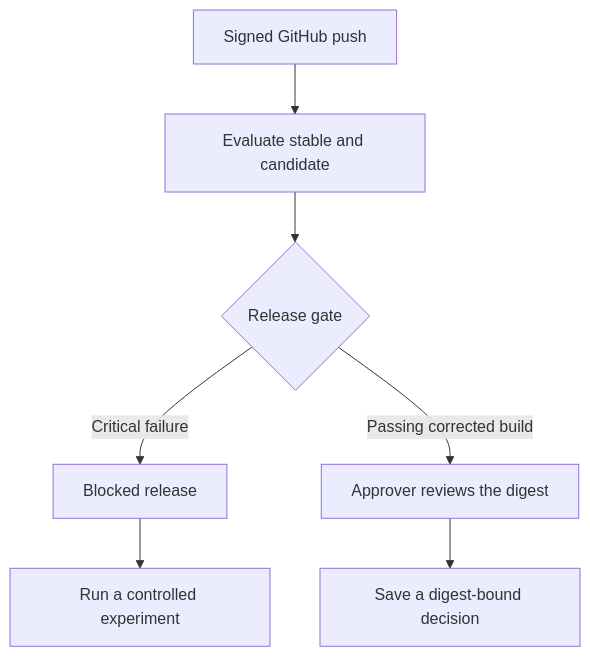
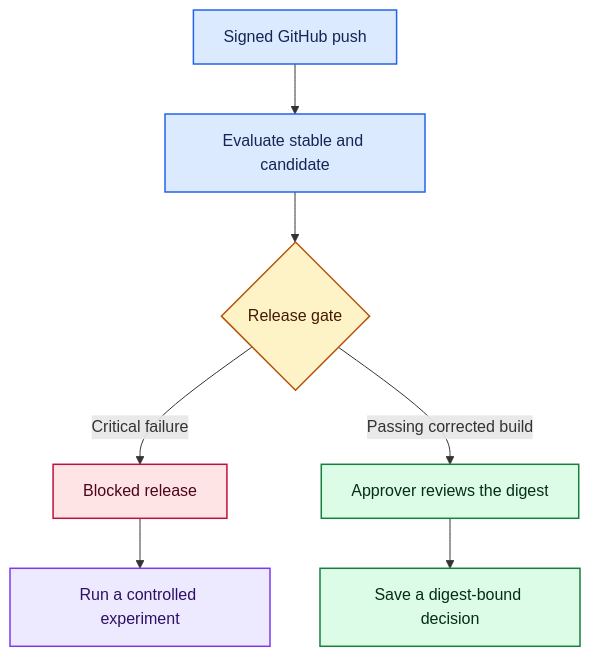
One commit to sujayv26/release-trace changed the diagram in README.md. Above: the diagram before and after it, drawn with Mermaid. The commit also changed 3 other files, not shown here.

Commit message:
Color-code release documentation diagrams

````diff
--- a/README.md
+++ b/README.md
@@ -5,11 +5,23 @@
 ```mermaid
 flowchart TB
     accTitle: ReleaseTrace review workflow
     accDescr: A signed push triggers evaluation. The demo investigates a blocked candidate and approves a separate corrected candidate that passes.
     Push["Signed GitHub push"] --> Evaluate["Evaluate stable and candidate"]
     Evaluate --> Gate{"Release gate"}
     Gate -->|Critical failure| Block["Blocked release"]
     Gate -->|Passing corrected build| Review["Approver reviews the digest"]
     Block --> Rerun["Run a controlled experiment"]
     Review --> Decision["Save a digest-bound decision"]
+
+    classDef process fill:#dbeafe,stroke:#2563eb,color:#172554,stroke-width:1.5px
+    classDef decision fill:#fef3c7,stroke:#b45309,color:#451a03,stroke-width:1.5px
+    classDef blocked fill:#ffe4e6,stroke:#be123c,color:#4c0519,stroke-width:1.5px
+    classDef investigation fill:#ede9fe,stroke:#7c3aed,color:#2e1065,stroke-width:1.5px
+    classDef success fill:#dcfce7,stroke:#15803d,color:#052e16,stroke-width:1.5px
+
+    class Push,Evaluate process
+    class Gate decision
+    class Block blocked
+    class Rerun investigation
+    class Review,Decision success
 ```
````
